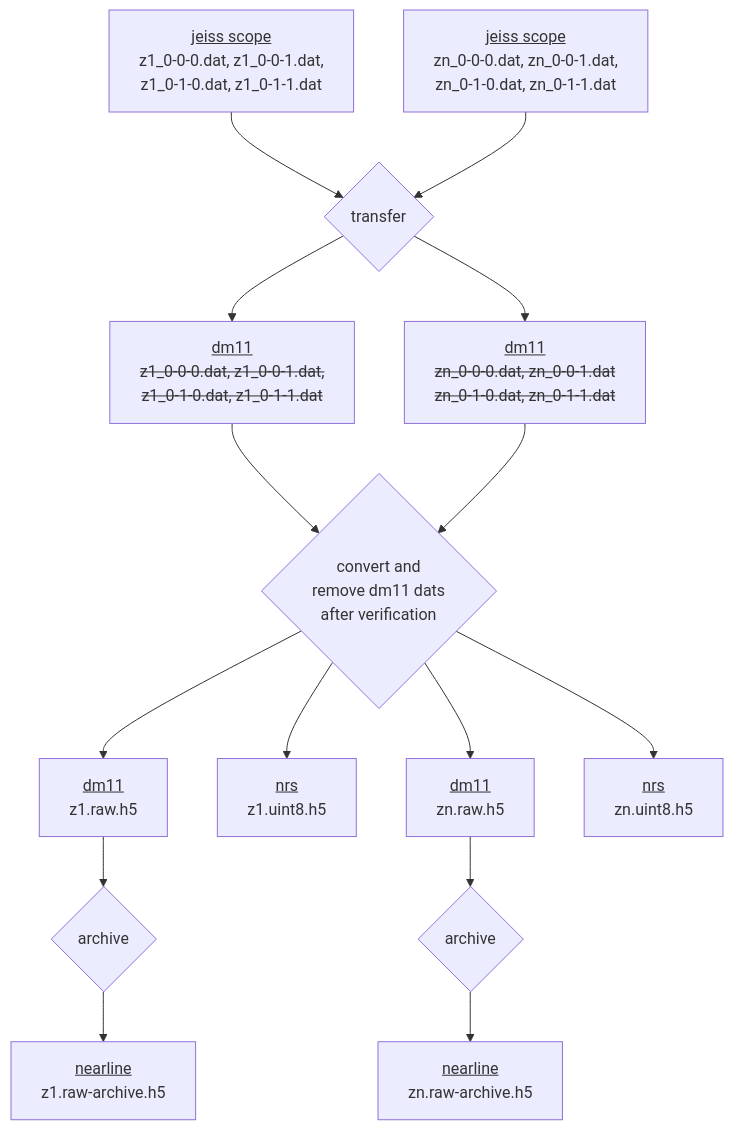
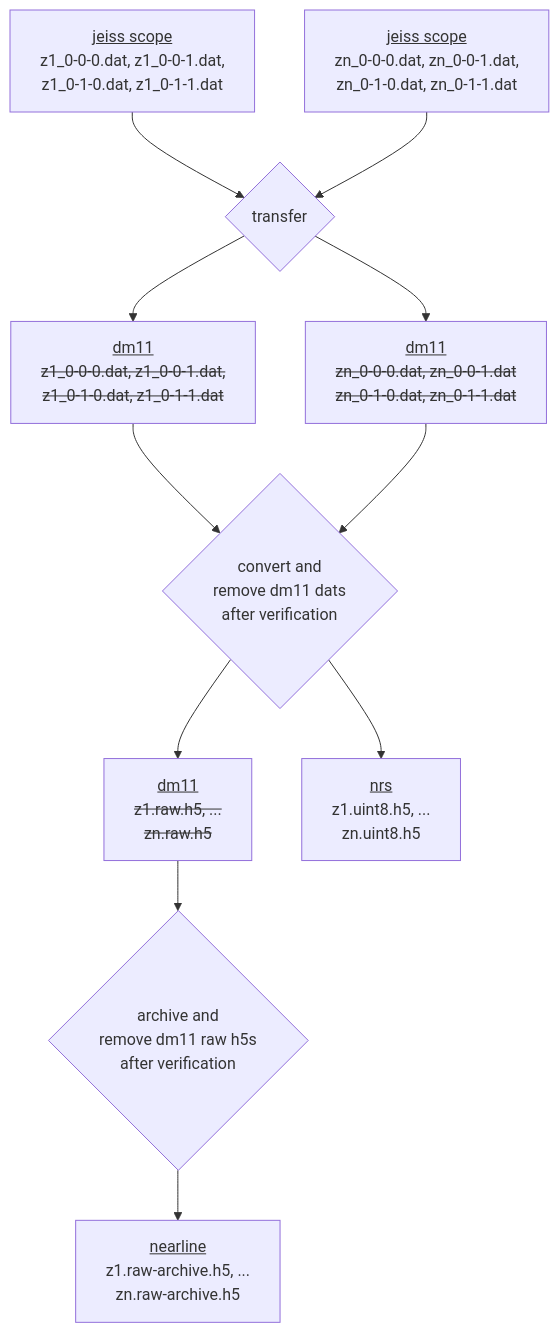
Before and after one commit to JaneliaSciComp/EM_recon_pipeline: the diagram in doc/cellmap/fibsem-transfer-flow.md, drawn with Mermaid.

Commit message:
per suggestion from Davis, trying out mermaid to document transfer flow

````diff
--- a/doc/cellmap/fibsem-transfer-flow.md
+++ b/doc/cellmap/fibsem-transfer-flow.md
@@ -1,17 +1,13 @@
 ```mermaid
 graph TD
     SCOPE_DAT_A[<u>jeiss scope</u><br> z1_0-0-0.dat, z1_0-0-1.dat, <br> z1_0-1-0.dat, z1_0-1-1.dat] --> TRANSFER_DAT
     SCOPE_DAT_B[<u>jeiss scope</u><br> zn_0-0-0.dat, zn_0-0-1.dat, <br> zn_0-1-0.dat, zn_0-1-1.dat] --> TRANSFER_DAT
     TRANSFER_DAT{transfer} --> DM11_DAT_A & DM11_DAT_B
     DM11_DAT_A[<u>dm11</u><br><s> z1_0-0-0.dat, z1_0-0-1.dat, <br> z1_0-1-0.dat, z1_0-1-1.dat </s>] --> DAT_TO_H5
     DM11_DAT_B[<u>dm11</u><br><s> zn_0-0-0.dat, zn_0-0-1.dat <br> zn_0-1-0.dat, zn_0-1-1.dat </s>] --> DAT_TO_H5
-    DAT_TO_H5{convert and <br> remove dm11 dats <br> after verification} --> DM11_RAW_H5_A & NRS_ALIGN_H5_A & DM11_RAW_H5_B & NRS_ALIGN_H5_B
-    DM11_RAW_H5_A[<u>dm11</u><br> z1.raw.h5] --> ARCHIVE_H5_A
-    DM11_RAW_H5_B[<u>dm11</u><br> zn.raw.h5] --> ARCHIVE_H5_B
-    NRS_ALIGN_H5_A[<u>nrs</u><br> z1.uint8.h5]
-    NRS_ALIGN_H5_B[<u>nrs</u><br> zn.uint8.h5]
-    ARCHIVE_H5_A{archive} --> NEARLINE_RAW_H5_A
-    ARCHIVE_H5_B{archive} --> NEARLINE_RAW_H5_B
-    NEARLINE_RAW_H5_A[<u>nearline</u><br> z1.raw-archive.h5]
-    NEARLINE_RAW_H5_B[<u>nearline</u><br> zn.raw-archive.h5]
+    DAT_TO_H5{convert and <br> remove dm11 dats <br> after verification} --> DM11_RAW_H5 & NRS_ALIGN_H5
+    DM11_RAW_H5[<u>dm11</u><br><s> z1.raw.h5, ...<br> zn.raw.h5 </s>] --> ARCHIVE_H5
+    NRS_ALIGN_H5[<u>nrs</u><br> z1.uint8.h5, ...<br> zn.uint8.h5]
+    ARCHIVE_H5{archive and <br> remove dm11 raw h5s <br> after verification} --> NEARLINE_RAW_H5
+    NEARLINE_RAW_H5[<u>nearline</u><br> z1.raw-archive.h5, ...<br> zn.raw-archive.h5]
 ```
````
